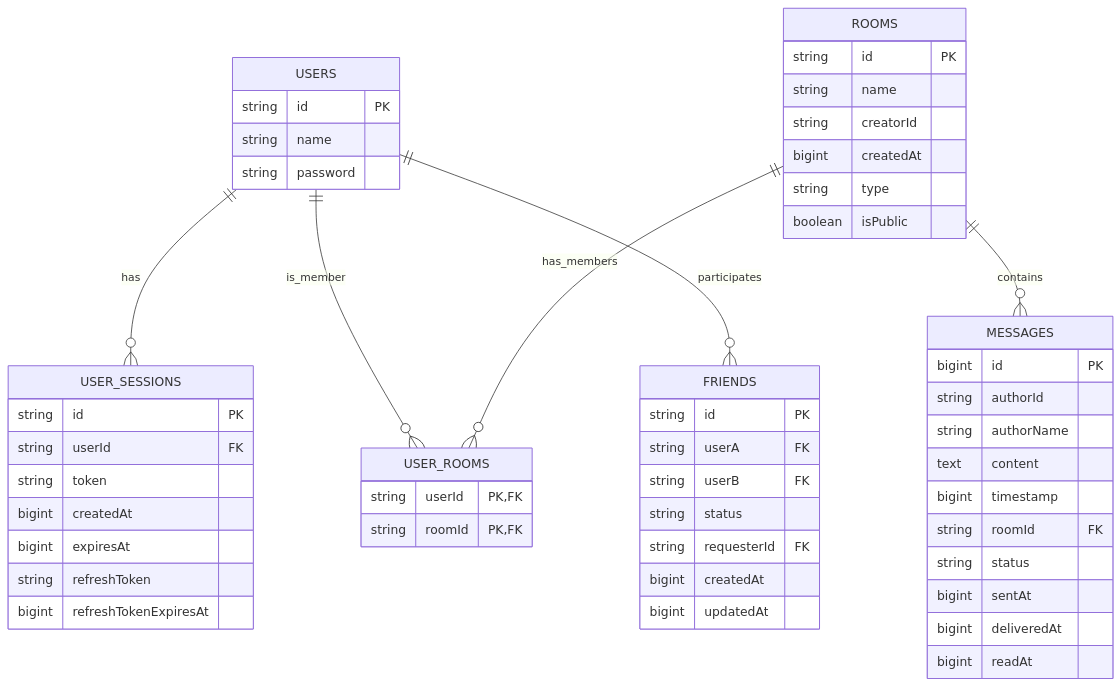
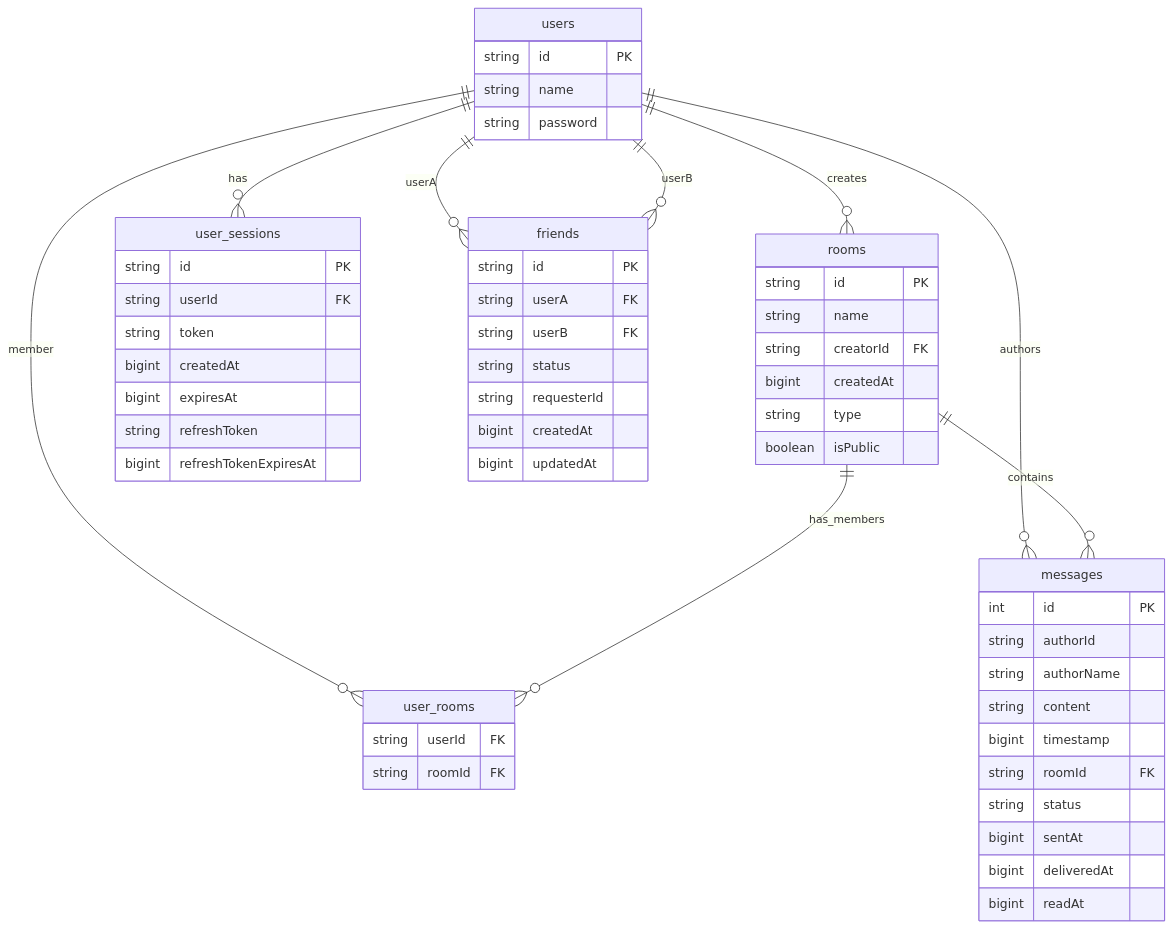
One commit to TheDevApprentice/real-time-chat changed the diagram in docs/Server/Express/DATABASE.md. Above: the diagram before and after it, drawn with Mermaid. The commit also changed other lines of this file and 4 other files, not shown here.

````diff
--- a/docs/Server/Express/DATABASE.md
+++ b/docs/Server/Express/DATABASE.md
@@ -128,56 +128,64 @@
- ```mermaid
- erDiagram
-   USERS ||--o{ USER_SESSIONS : has
-   USERS ||--o{ USER_ROOMS : is_member
-   ROOMS ||--o{ USER_ROOMS : has_members
-   ROOMS ||--o{ MESSAGES : contains
-   USERS ||--o{ FRIENDS : participates
- 
-   USERS {
-     string id PK
-     string name
-     string password
-   }
-   ROOMS {
-     string id PK
-     string name
-     string creatorId
-     bigint createdAt
-     string type
-     boolean isPublic
-   }
-   USER_ROOMS {
-     string userId PK,FK
-     string roomId PK,FK
-   }
-   MESSAGES {
-     bigint id PK
-     string authorId
-     string authorName
-     text content
-     bigint timestamp
-     string roomId FK
-     string status
-     bigint sentAt
-     bigint deliveredAt
-     bigint readAt
-   }
-   USER_SESSIONS {
-     string id PK
-     string userId FK
-     string token
-     bigint createdAt
-     bigint expiresAt
-     string refreshToken
-     bigint refreshTokenExpiresAt
-   }
-   FRIENDS {
-     string id PK
-     string userA FK
-     string userB FK
-     string status
-     string requesterId FK
-     bigint createdAt
-     bigint updatedAt
-   }
- ```
+```mermaid
+erDiagram
+  users ||--o{ rooms : creates
+  users ||--o{ user_rooms : member
+  users ||--o{ user_sessions : has
+  users ||--o{ messages : authors
+  users ||--o{ friends : userA
+  users ||--o{ friends : userB
+  rooms ||--o{ user_rooms : has_members
+  rooms ||--o{ messages : contains
+  
+  users {
+    string id PK
+    string name
+    string password
+  }
+
+  rooms {
+    string id PK
+    string name
+    string creatorId FK
+    bigint createdAt
+    string type
+    boolean isPublic
+  }
+
+  user_rooms {
+    string userId FK 
+    string roomId FK
+  }
+
+  messages {
+    int id PK
+    string authorId
+    string authorName
+    string content
+    bigint timestamp
+    string roomId FK
+    string status
+    bigint sentAt
+    bigint deliveredAt
+    bigint readAt
+  }
+
+  user_sessions {
+    string id PK
+    string userId FK
+    string token
+    bigint createdAt
+    bigint expiresAt
+    string refreshToken
+    bigint refreshTokenExpiresAt
+  }
+
+  friends {
+    string id PK
+    string userA FK
+    string userB FK
+    string status
+    string requesterId
+    bigint createdAt
+    bigint updatedAt
+  }
+```
````
